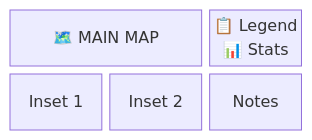
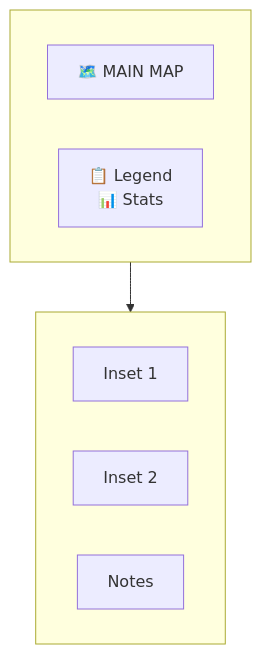
One commit to clairecda/GIS_teaching changed the second of 2 diagrams in site_docs/reference/layout-template.md. Above: the diagram before and after it, drawn with Mermaid. The commit also changed other lines of this file and 1 other file, not shown here.

First line of the commit message:
Fix Mermaid diagrams - replace unsupported block-beta with flowcharts/tables

````diff
--- a/site_docs/reference/layout-template.md
+++ b/site_docs/reference/layout-template.md
@@ -291,6 +291,15 @@
 ```mermaid
-block-beta
-    columns 3
-    MAP["🗺️ MAIN MAP"]:2 SIDEBAR["📋 Legend<br/>📊 Stats"]:1
-    INSET1["Inset 1"]:1 INSET2["Inset 2"]:1 NOTES["Notes"]:1
+flowchart TB
+    subgraph main[" "]
+        direction LR
+        MAP["🗺️ MAIN MAP"]
+        SIDEBAR["📋 Legend<br/>📊 Stats"]
+    end
+    subgraph bottom[" "]
+        direction LR
+        INSET1["Inset 1"]
+        INSET2["Inset 2"]
+        NOTES["Notes"]
+    end
+    main --> bottom
 ```
````
